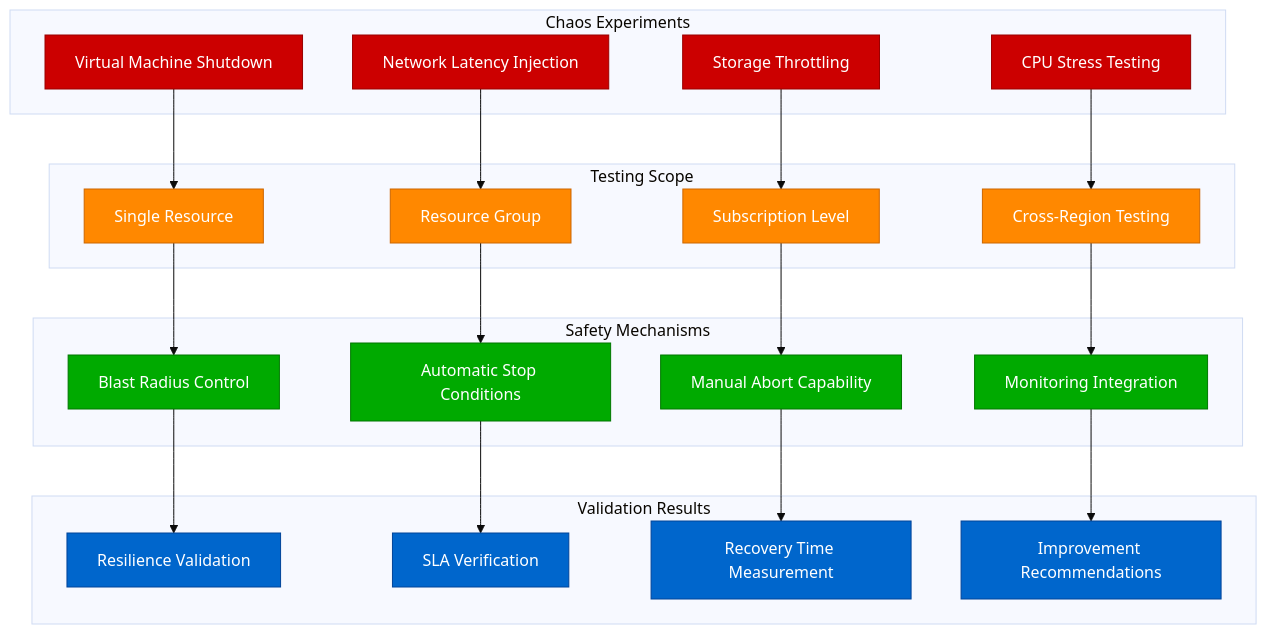
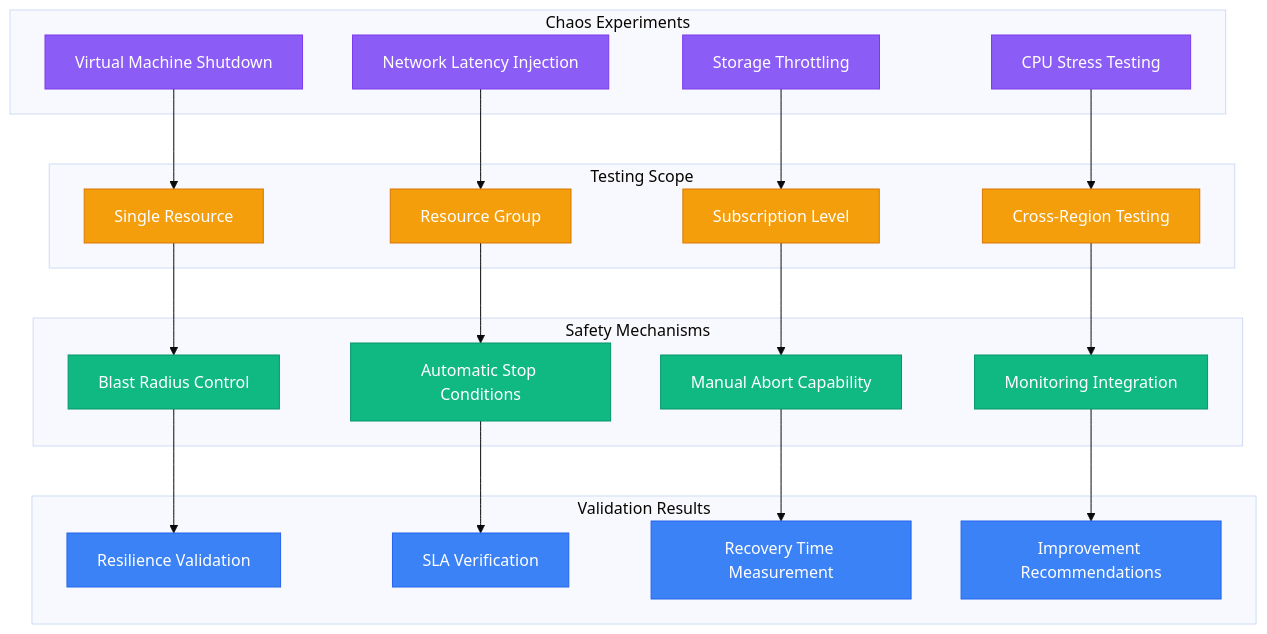
The tenth of 10 diagrams in site/docs/systems/microsoft/failure-domains.md (deepaucksharma/DS), drawn with Mermaid (base theme) before and after one commit. The commit also changed other lines of this file and 303 other files, not shown here.

````diff
--- a/site/docs/systems/microsoft/failure-domains.md
+++ b/site/docs/systems/microsoft/failure-domains.md
@@ -489,58 +489,58 @@
 ```mermaid
 graph TB
     subgraph ChaosExperiments[Chaos Experiments]
         VM_SHUTDOWN[Virtual Machine Shutdown]
         NETWORK_LATENCY[Network Latency Injection]
         STORAGE_THROTTLING[Storage Throttling]
         CPU_STRESS[CPU Stress Testing]
     end
 
     subgraph TestingScope[Testing Scope]
         SINGLE_RESOURCE[Single Resource]
         RESOURCE_GROUP[Resource Group]
         SUBSCRIPTION[Subscription Level]
         CROSS_REGION[Cross-Region Testing]
     end
 
     subgraph SafetyMechanisms[Safety Mechanisms]
         BLAST_RADIUS_CONTROL[Blast Radius Control]
         AUTO_STOP[Automatic Stop Conditions]
         MANUAL_ABORT[Manual Abort Capability]
         MONITORING_INTEGRATION[Monitoring Integration]
     end
 
     subgraph ValidationResults[Validation Results]
         RESILIENCE_VALIDATION[Resilience Validation]
         SLA_VERIFICATION[SLA Verification]
         RECOVERY_TIME_MEASUREMENT[Recovery Time Measurement]
         IMPROVEMENT_RECOMMENDATIONS[Improvement Recommendations]
     end
 
     %% Experiment to scope
     VM_SHUTDOWN --> SINGLE_RESOURCE
     NETWORK_LATENCY --> RESOURCE_GROUP
     STORAGE_THROTTLING --> SUBSCRIPTION
     CPU_STRESS --> CROSS_REGION
 
     %% Scope to safety
     SINGLE_RESOURCE --> BLAST_RADIUS_CONTROL
     RESOURCE_GROUP --> AUTO_STOP
     SUBSCRIPTION --> MANUAL_ABORT
     CROSS_REGION --> MONITORING_INTEGRATION
 
     %% Safety to results
     BLAST_RADIUS_CONTROL --> RESILIENCE_VALIDATION
     AUTO_STOP --> SLA_VERIFICATION
     MANUAL_ABORT --> RECOVERY_TIME_MEASUREMENT
     MONITORING_INTEGRATION --> IMPROVEMENT_RECOMMENDATIONS
 
-    classDef experimentStyle fill:#CC0000,stroke:#990000,color:#fff
-    classDef scopeStyle fill:#FF8800,stroke:#CC6600,color:#fff
-    classDef safetyStyle fill:#00AA00,stroke:#007700,color:#fff
-    classDef resultStyle fill:#0066CC,stroke:#004499,color:#fff
+    classDef experimentStyle fill:#8B5CF6,stroke:#7C3AED,color:#fff
+    classDef scopeStyle fill:#F59E0B,stroke:#D97706,color:#fff
+    classDef safetyStyle fill:#10B981,stroke:#059669,color:#fff
+    classDef resultStyle fill:#3B82F6,stroke:#2563EB,color:#fff
 
     class VM_SHUTDOWN,NETWORK_LATENCY,STORAGE_THROTTLING,CPU_STRESS experimentStyle
     class SINGLE_RESOURCE,RESOURCE_GROUP,SUBSCRIPTION,CROSS_REGION scopeStyle
     class BLAST_RADIUS_CONTROL,AUTO_STOP,MANUAL_ABORT,MONITORING_INTEGRATION safetyStyle
     class RESILIENCE_VALIDATION,SLA_VERIFICATION,RECOVERY_TIME_MEASUREMENT,IMPROVEMENT_RECOMMENDATIONS resultStyle
 ```
````
